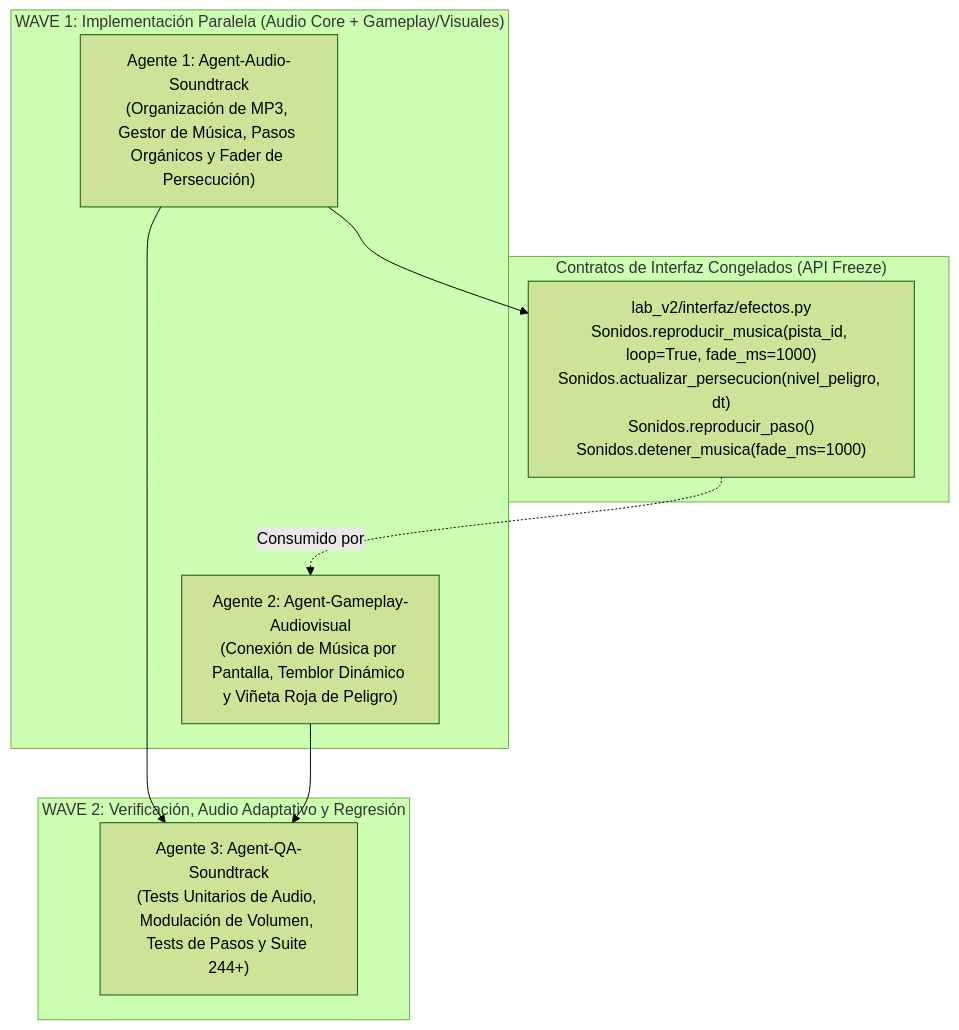
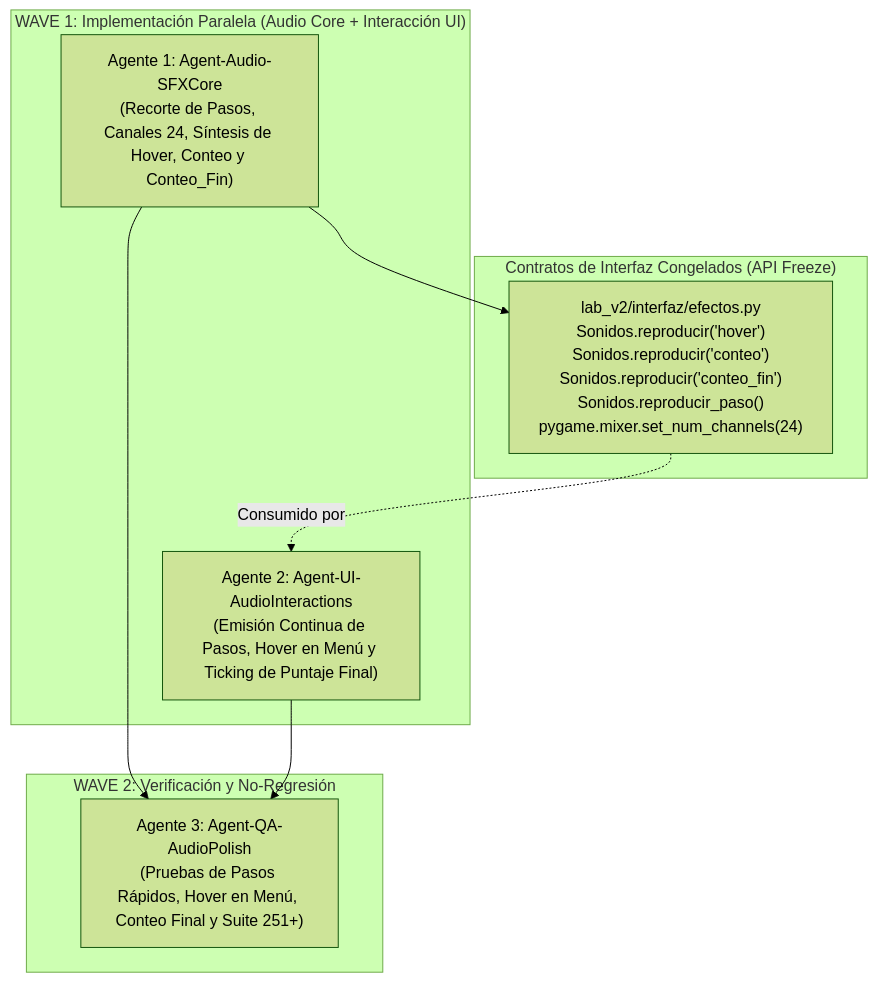
Before and after one commit to Montoyaescobar/Un-juego-sobre-un-laberinto: the diagram in TASKS.md, drawn with Mermaid (forest theme). The commit also changed other lines of this file, not shown here.

Commit message:
Creacion de plan de implementacion para solucion del sonido de los pasos y implementar nuevos sonidos complementadores

````diff
--- a/TASKS.md
+++ b/TASKS.md
@@ -44,20 +34,20 @@
 ```mermaid
 graph TD
-    subgraph "WAVE 1: Implementación Paralela (Audio Core + Gameplay/Visuales)"
-        A1["Agente 1: Agent-Audio-Soundtrack<br/>(Organización de MP3, Gestor de Música, Pasos Orgánicos y Fader de Persecución)"]
-        A2["Agente 2: Agent-Gameplay-Audiovisual<br/>(Conexión de Música por Pantalla, Temblor Dinámico y Viñeta Roja de Peligro)"]
+    subgraph "WAVE 1: Implementación Paralela (Audio Core + Interacción UI)"
+        A1["Agente 1: Agent-Audio-SFXCore<br/>(Recorte de Pasos, Canales 24, Síntesis de Hover, Conteo y Conteo_Fin)"]
+        A2["Agente 2: Agent-UI-AudioInteractions<br/>(Emisión Continua de Pasos, Hover en Menú y Ticking de Puntaje Final)"]
     end
 
     subgraph "Contratos de Interfaz Congelados (API Freeze)"
-        C1["lab_v2/interfaz/efectos.py<br/>Sonidos.reproducir_musica(pista_id, loop=True, fade_ms=1000)<br/>Sonidos.actualizar_persecucion(nivel_peligro, dt)<br/>Sonidos.reproducir_paso()<br/>Sonidos.detener_musica(fade_ms=1000)"]
+        C1["lab_v2/interfaz/efectos.py<br/>Sonidos.reproducir('hover')<br/>Sonidos.reproducir('conteo')<br/>Sonidos.reproducir('conteo_fin')<br/>Sonidos.reproducir_paso()<br/>pygame.mixer.set_num_channels(24)"]
     end
 
-    subgraph "WAVE 2: Verificación, Audio Adaptativo y Regresión"
-        A3["Agente 3: Agent-QA-Soundtrack<br/>(Tests Unitarios de Audio, Modulación de Volumen, Tests de Pasos y Suite 244+)"]
+    subgraph "WAVE 2: Verificación y No-Regresión"
+        A3["Agente 3: Agent-QA-AudioPolish<br/>(Pruebas de Pasos Rápidos, Hover en Menú, Conteo Final y Suite 251+)"]
     end
 
     A1 --> C1
     C1 -. Consumido por .-> A2
     A1 --> A3
     A2 --> A3
 ```
````
